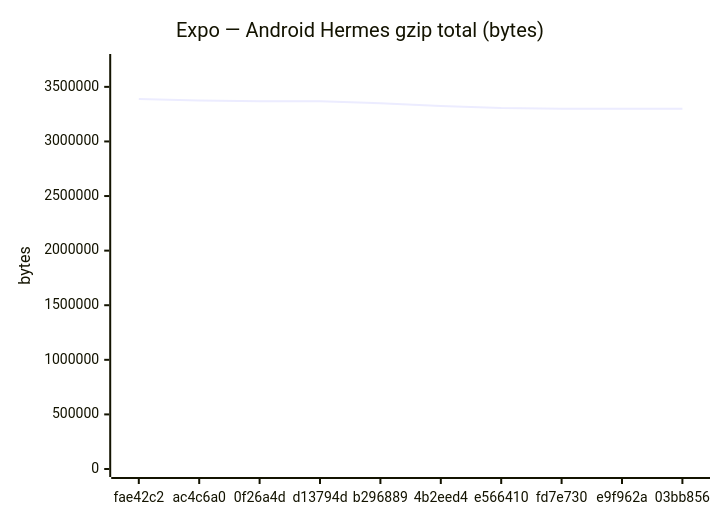
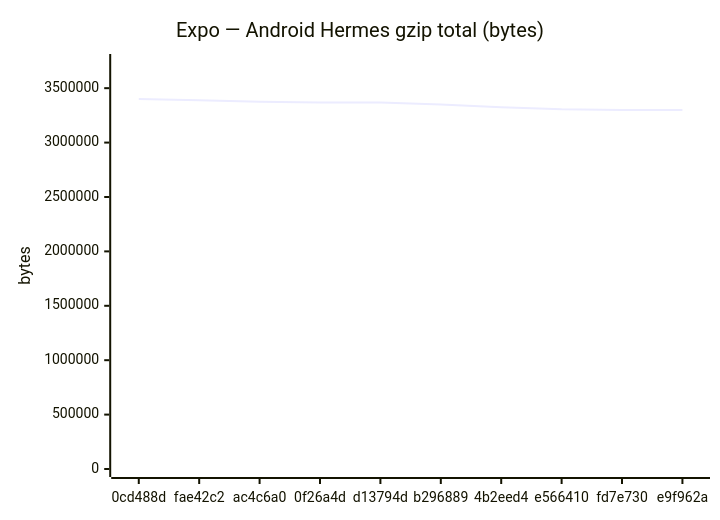
Before and after one commit to Metaheurist/Rianell: the fifth of 18 diagrams in benchmarks/compare.md, drawn with Mermaid. The commit also changed other lines of this file and 11 other files, not shown here.

````diff
--- a/benchmarks/compare.md
+++ b/benchmarks/compare.md
@@ -89,7 +89,7 @@
 ```mermaid
 xychart-beta
     title "Expo — Android Hermes gzip total (bytes)"
-    x-axis ["fae42c2", "ac4c6a0", "0f26a4d", "d13794d", "b296889", "4b2eed4", "e566410", "fd7e730", "e9f962a", "03bb856"]
-    y-axis "bytes" 0 --> 3727642
-    line [3388765, 3375300, 3368860, 3368861, 3349208, 3324082, 3305549, 3300038, 3300034, 3300038]
+    x-axis ["0cd488d", "fae42c2", "ac4c6a0", "0f26a4d", "d13794d", "b296889", "4b2eed4", "e566410", "fd7e730", "e9f962a"]
+    y-axis "bytes" 0 --> 3740600
+    line [3400545, 3388765, 3375300, 3368860, 3368861, 3349208, 3324082, 3305549, 3300038, 3300034]
 ```
````
